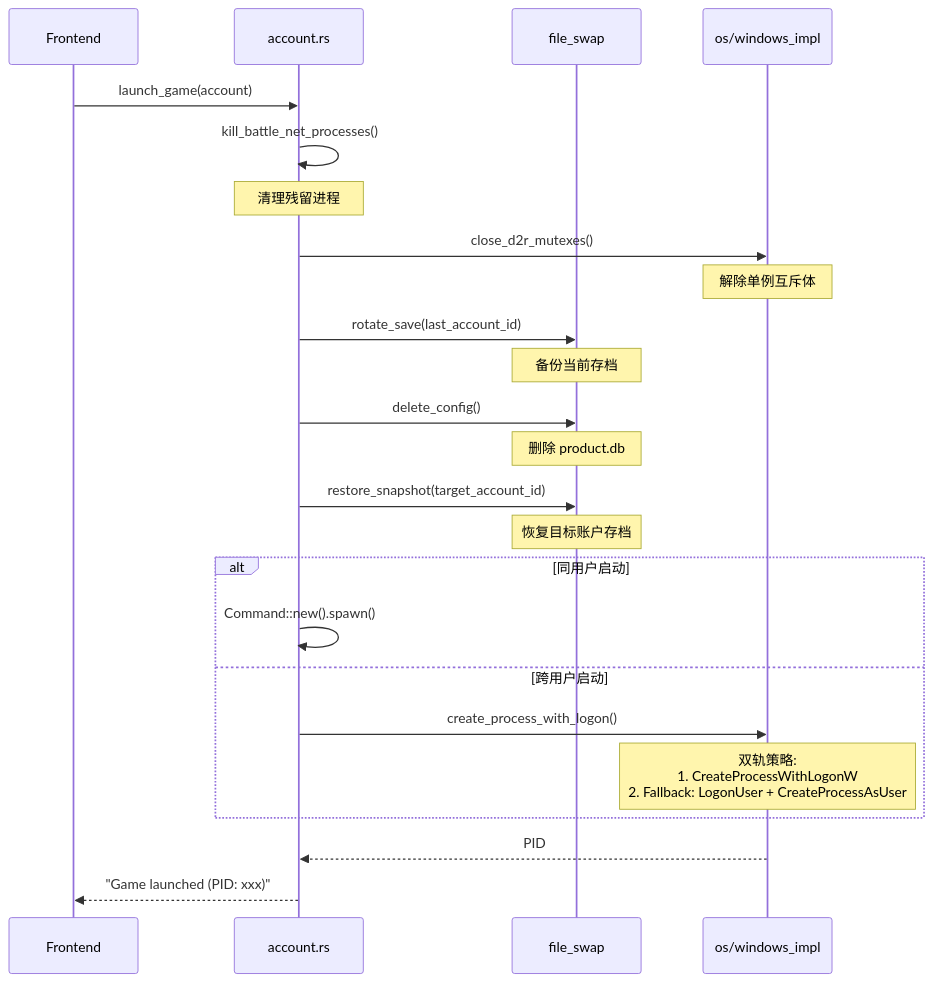
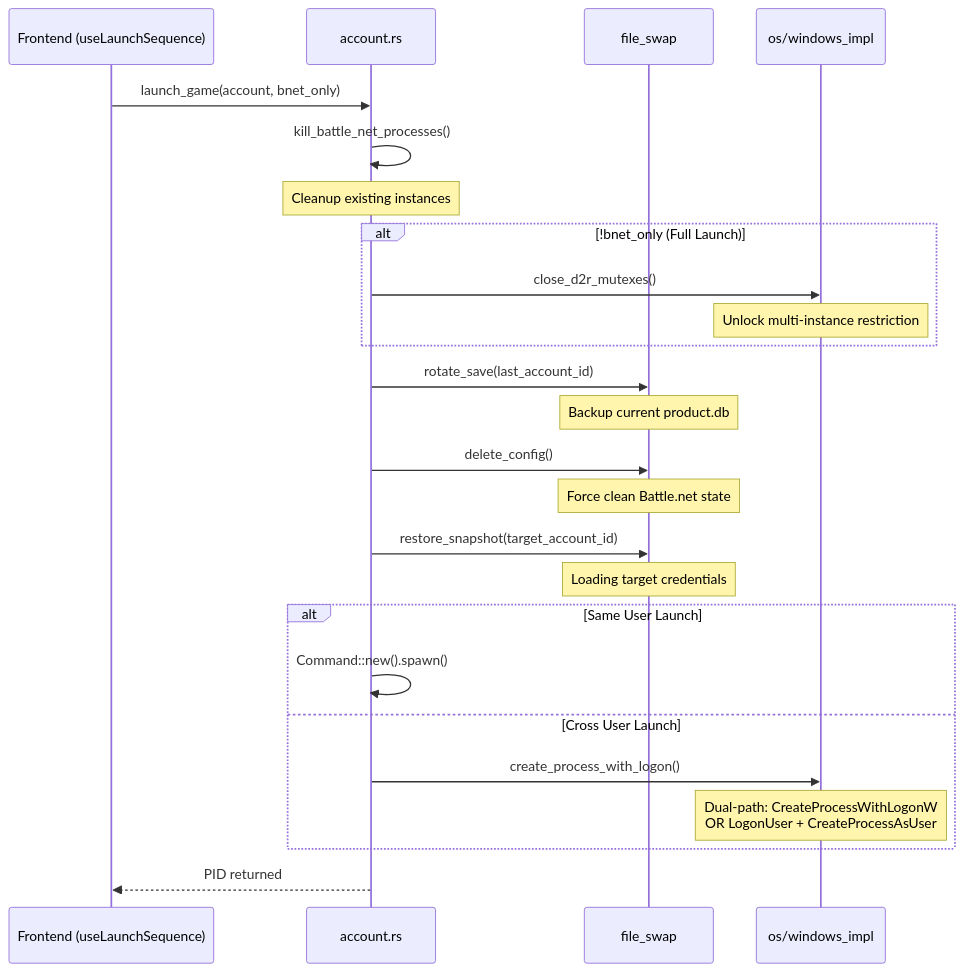
One commit to yoyoset/D2R_Multi_rust changed the diagram in doc/TECHNICAL_SPEC.md. Above: the diagram before and after it, drawn with Mermaid. The commit also changed other lines of this file and 57 other files, not shown here.

````diff
--- a/doc/TECHNICAL_SPEC.md
+++ b/doc/TECHNICAL_SPEC.md
@@ -50,34 +55,35 @@
 ```mermaid
 sequenceDiagram
-    participant UI as Frontend
+    participant UI as Frontend (useLaunchSequence)
     participant Rust as account.rs
     participant Swap as file_swap
     participant OS as os/windows_impl
 
-    UI->>Rust: launch_game(account)
+    UI->>Rust: launch_game(account, bnet_only)
 
     Rust->>Rust: kill_battle_net_processes()
-    Note over Rust: 清理残留进程
+    Note over Rust: Cleanup existing instances
 
-    Rust->>OS: close_d2r_mutexes()
-    Note over OS: 解除单例互斥体
+    alt !bnet_only (Full Launch)
+        Rust->>OS: close_d2r_mutexes()
+        Note over OS: Unlock multi-instance restriction
+    end
 
     Rust->>Swap: rotate_save(last_account_id)
-    Note over Swap: 备份当前存档
+    Note over Swap: Backup current product.db
 
     Rust->>Swap: delete_config()
-    Note over Swap: 删除 product.db
+    Note over Swap: Force clean Battle.net state
 
     Rust->>Swap: restore_snapshot(target_account_id)
-    Note over Swap: 恢复目标账户存档
+    Note over Swap: Loading target credentials
 
-    alt 同用户启动
+    alt Same User Launch
         Rust->>Rust: Command::new().spawn()
-    else 跨用户启动
+    else Cross User Launch
         Rust->>OS: create_process_with_logon()
-        Note over OS: 双轨策略:<br/>1. CreateProcessWithLogonW<br/>2. Fallback: LogonUser + CreateProcessAsUser
+        Note over OS: Dual-path: CreateProcessWithLogonW<br/>OR LogonUser + CreateProcessAsUser
     end
 
-    OS-->>Rust: PID
-    Rust-->>UI: "Game launched (PID: xxx)"
+    Rust-->>UI: PID returned
 ```
````
